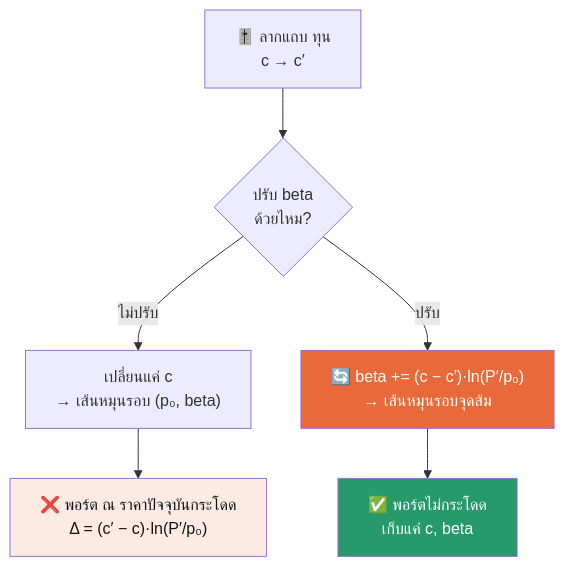
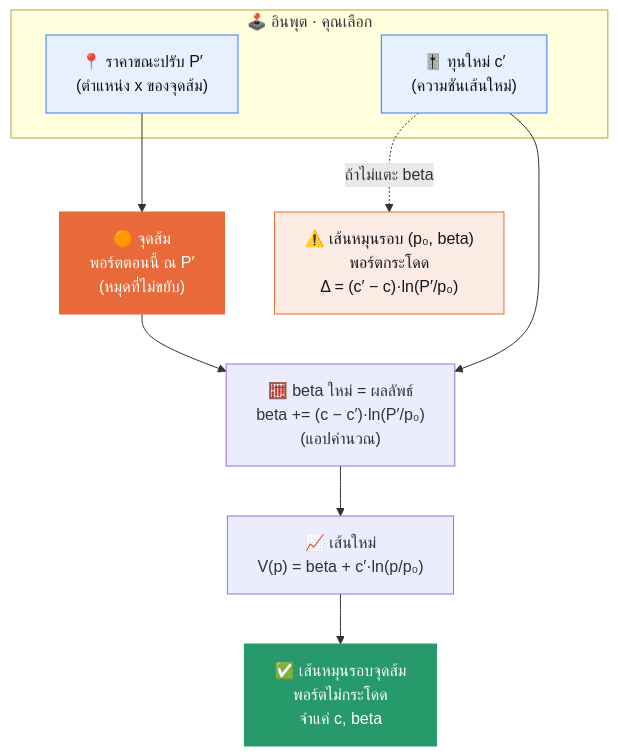
Before and after one commit to firstnattapon/leg-code: the diagram in web_apps/rebalancing_playground.md, drawn with Mermaid. The commit also changed other lines of this file and 1 other file, not shown here.

First line of the commit message:
Finalize Playground key message and add its Mermaid diagram

````diff
--- a/web_apps/rebalancing_playground.md
+++ b/web_apps/rebalancing_playground.md
@@ -32,11 +37,22 @@
 ```mermaid
+%% Rebalancing Playground — Key Final: ปรับทุน = หมุนเส้นรอบจุดส้ม (สรุปเต็มที่ rebalancing_playground.md)
 flowchart TD
-    A["🎚️ ลากแถบ ทุน<br/>c → c′"] --> B{"ปรับ beta<br/>ด้วยไหม?"}
-    B -- "ไม่ปรับ" --> X["เปลี่ยนแค่ c<br/>→ เส้นหมุนรอบ (p₀, beta)"]
-    X --> Y["❌ พอร์ต ณ ราคาปัจจุบันกระโดด<br/>Δ = (c′ − c)·ln(P′/p₀)"]
-    B -- "ปรับ" --> C["🔄 beta += (c − c′)·ln(P′/p₀)<br/>→ เส้นหมุนรอบจุดส้ม"]
-    C --> D["✅ พอร์ตไม่กระโดด<br/>เก็บแค่ c, beta"]
-    style C fill:#E86A3A,color:#fff
-    style D fill:#279A6C,color:#fff
-    style Y fill:#FBEBE2,color:#14161C
+    subgraph INP["🕹️ อินพุต · คุณเลือก"]
+        cIn["🎚️ ทุนใหม่ c′<br/>(ความชันเส้นใหม่)"]
+        pIn["📍 ราคาขณะปรับ P′<br/>(ตำแหน่ง x ของจุดส้ม)"]
+    end
+    pIn --> pivot["🟠 จุดส้ม<br/>พอร์ตตอนนี้ ณ P′<br/>(หมุดที่ไม่ขยับ)"]
+    pivot --> betaN["🧮 beta ใหม่ = ผลลัพธ์<br/>beta += (c − c′)·ln(P′/p₀)<br/>(แอปคำนวณ)"]
+    cIn --> betaN
+    betaN --> newLine["📈 เส้นใหม่<br/>V(p) = beta + c′·ln(p/p₀)"]
+    newLine --> ok["✅ เส้นหมุนรอบจุดส้ม<br/>พอร์ตไม่กระโดด<br/>จำแค่ c, beta"]
+    cIn -. "ถ้าไม่แตะ beta" .-> jump["⚠️ เส้นหมุนรอบ (p₀, beta)<br/>พอร์ตกระโดด<br/>Δ = (c′ − c)·ln(P′/p₀)"]
+    classDef inp fill:#E6F0FE,stroke:#2D7FF9,color:#14161C
+    classDef pin fill:#E86A3A,stroke:#E86A3A,color:#fff
+    classDef good fill:#279A6C,stroke:#279A6C,color:#fff
+    classDef bad fill:#FBEBE2,stroke:#E86A3A,color:#14161C
+    class cIn,pIn inp
+    class pivot pin
+    class ok good
+    class jump bad
 ```
````
